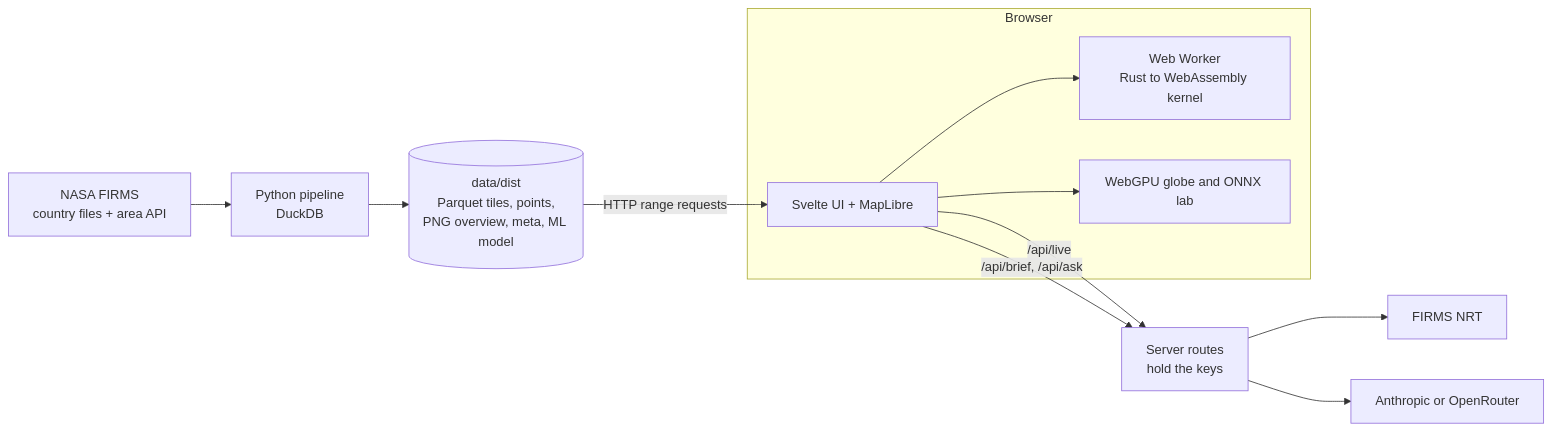
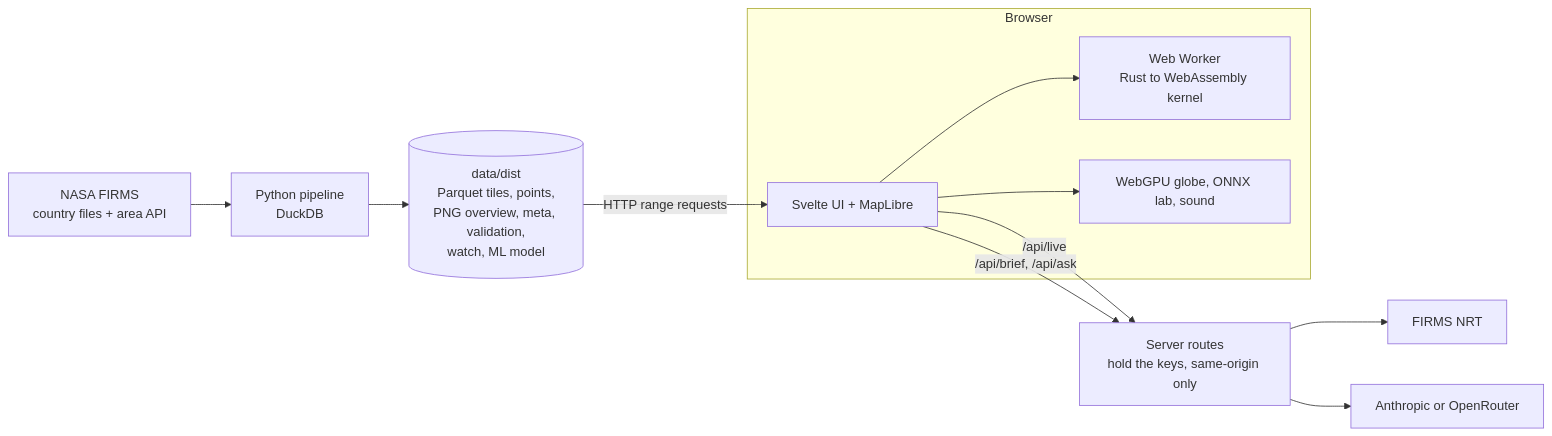
One commit to h3rnie/harmony changed the diagram in README.md. Above: the diagram before and after it, drawn with Mermaid. The commit also changed other lines of this file and 23 other files, not shown here.

First line of the commit message:
AGPL-3.0-only licence for the repository; docs reconciled with final code and data; deck v5

````diff
--- a/README.md
+++ b/README.md
@@ -84,14 +102,14 @@
 ```mermaid
 flowchart LR
   F[NASA FIRMS<br/>country files + area API] --> P[Python pipeline<br/>DuckDB]
-  P --> D[(data/dist<br/>Parquet tiles, points,<br/>PNG overview, meta, ML model)]
+  P --> D[(data/dist<br/>Parquet tiles, points,<br/>PNG overview, meta, validation,<br/>watch, ML model)]
   subgraph B[Browser]
     UI[Svelte UI + MapLibre] --> W[Web Worker<br/>Rust to WebAssembly kernel]
-    UI --> G[WebGPU globe and ONNX lab]
+    UI --> G[WebGPU globe, ONNX lab, sound]
   end
   D -->|HTTP range requests| UI
-  UI -->|/api/live| S[Server routes<br/>hold the keys]
+  UI -->|/api/live| S[Server routes<br/>hold the keys, same-origin only]
   UI -->|/api/brief, /api/ask| S
   S --> F2[FIRMS NRT]
   S --> A[Anthropic or OpenRouter]
 ```
````
